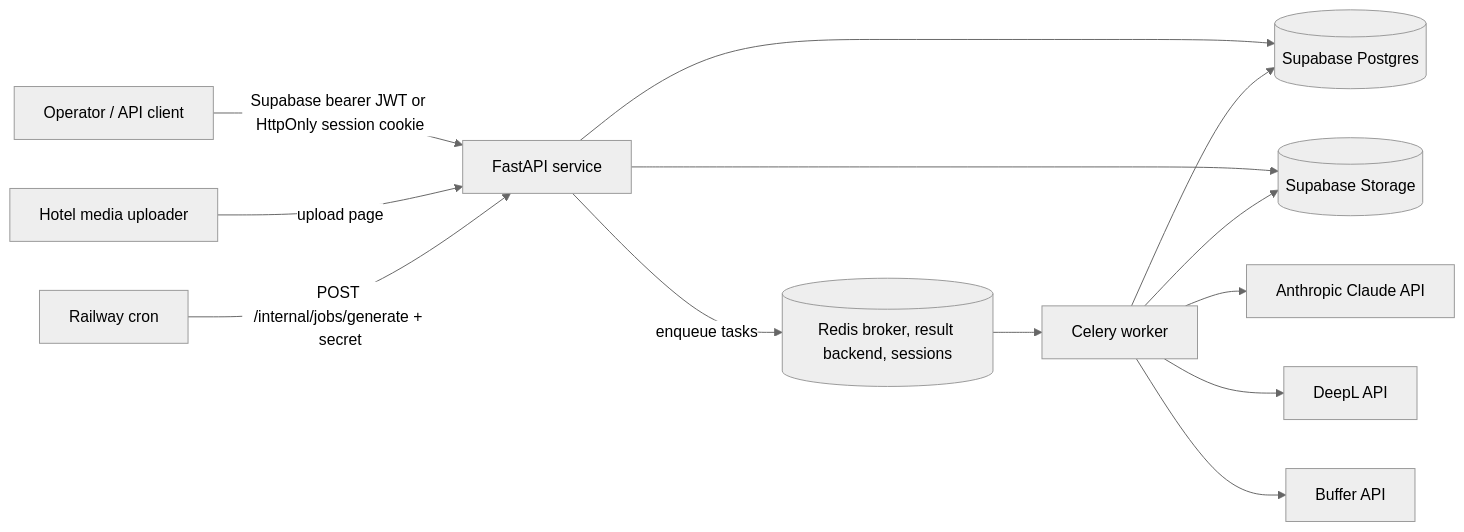
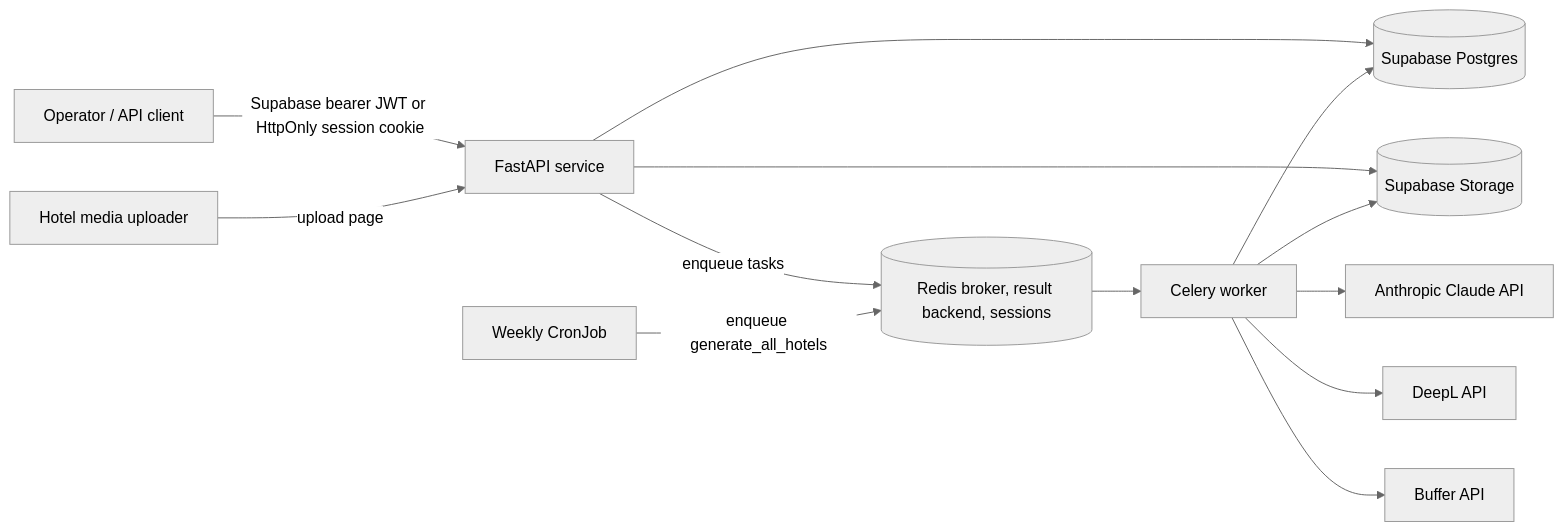
Before and after one commit to easypeasyops/hotel_social_posts: the diagram in apps/postitglobal/docs/ARCHITECTURE.md, drawn with Mermaid (neutral theme). The commit also changed other lines of this file and 13 other files, not shown here.

````diff
--- a/apps/postitglobal/docs/ARCHITECTURE.md
+++ b/apps/postitglobal/docs/ARCHITECTURE.md
@@ -11,27 +11,27 @@
 ```mermaid
 flowchart LR
     Operator[Operator / API client]
     Guest[Hotel media uploader]
     API[FastAPI service]
     Worker[Celery worker]
     Redis[(Redis broker, result backend, sessions)]
     DB[(Supabase Postgres)]
     Storage[(Supabase Storage)]
     Claude[Anthropic Claude API]
     DeepL[DeepL API]
     Buffer[Buffer API]
-    Cron[Railway cron]
+    Cron[Weekly CronJob]
 
     Operator -->|Supabase bearer JWT or HttpOnly session cookie| API
     Guest -->|upload page| API
     API --> DB
     API --> Storage
     API -->|enqueue tasks| Redis
     Redis --> Worker
     Worker --> DB
     Worker --> Storage
     Worker --> Claude
     Worker --> DeepL
     Worker --> Buffer
-    Cron -->|POST /internal/jobs/generate + secret| API
+    Cron -->|enqueue generate_all_hotels| Redis
 ```
````
